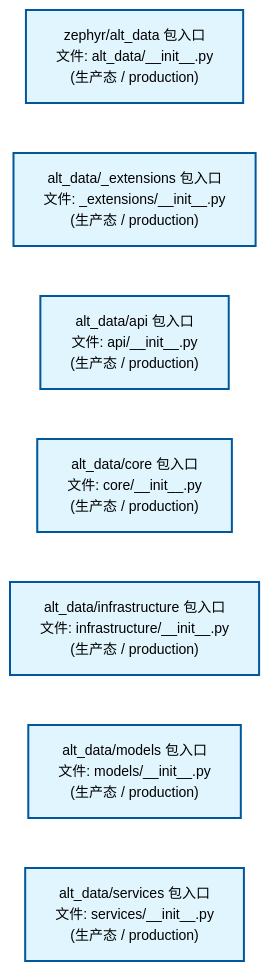
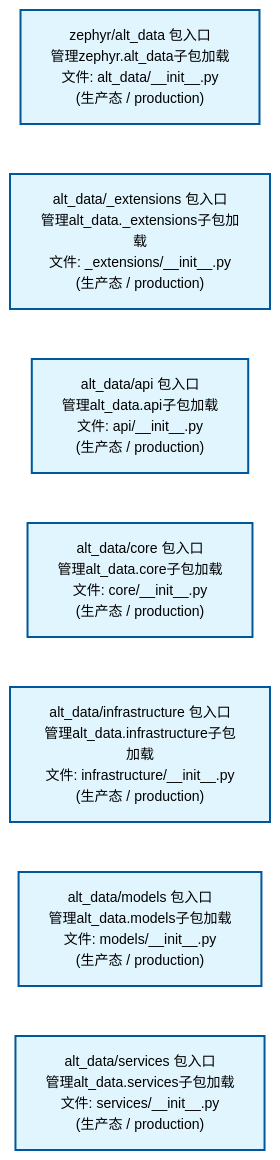
Before and after one commit to xuanFelixVan/ZephyrAlpha: the first of 2 diagrams in docs/02_enterprise_architecture/02_domain_architecture_docs/09_d_alt_data.md, drawn with Mermaid. The commit also changed other lines of this file and 61 other files, not shown here.

````diff
--- a/docs/02_enterprise_architecture/02_domain_architecture_docs/09_d_alt_data.md
+++ b/docs/02_enterprise_architecture/02_domain_architecture_docs/09_d_alt_data.md
@@ -53,22 +53,22 @@
 ```mermaid
 %%{init: {'theme': 'base', 'themeVariables': {'primaryColor': '#eaeaea', 'primaryTextColor': '#333333', 'primaryBorderColor': '#666666', 'lineColor': '#666666', 'secondaryColor': '#eaeaea', 'tertiaryColor': '#eaeaea', 'fontSize': '14px'}}}%%
 flowchart TD
-    src_zephyr_alt_data_init_py["zephyr/alt_data 包入口<br/>文件: alt_data/__init__.py<br/>(生产态 / production)"]
-    src_zephyr_alt_data_extensions_init_py["alt_data/_extensions 包入口<br/>文件: _extensions/__init__.py<br/>(生产态 / production)"]
-    src_zephyr_alt_data_api_init_py["alt_data/api 包入口<br/>文件: api/__init__.py<br/>(生产态 / production)"]
-    src_zephyr_alt_data_core_init_py["alt_data/core 包入口<br/>文件: core/__init__.py<br/>(生产态 / production)"]
-    src_zephyr_alt_data_infrastructure_init_py["alt_data/infrastructure 包入口<br/>文件: infrastructure/__init__.py<br/>(生产态 / production)"]
-    src_zephyr_alt_data_models_init_py["alt_data/models 包入口<br/>文件: models/__init__.py<br/>(生产态 / production)"]
-    src_zephyr_alt_data_services_init_py["alt_data/services 包入口<br/>文件: services/__init__.py<br/>(生产态 / production)"]
+    src_zephyr_alt_data_init_py["zephyr/alt_data 包入口<br/>管理zephyr.alt_data子包加载<br/>文件: alt_data/__init__.py<br/>(生产态 / production)"]
+    src_zephyr_alt_data_extensions_init_py["alt_data/_extensions 包入口<br/>管理alt_data._extensions子包加载<br/>文件: _extensions/__init__.py<br/>(生产态 / production)"]
+    src_zephyr_alt_data_api_init_py["alt_data/api 包入口<br/>管理alt_data.api子包加载<br/>文件: api/__init__.py<br/>(生产态 / production)"]
+    src_zephyr_alt_data_core_init_py["alt_data/core 包入口<br/>管理alt_data.core子包加载<br/>文件: core/__init__.py<br/>(生产态 / production)"]
+    src_zephyr_alt_data_infrastructure_init_py["alt_data/infrastructure 包入口<br/>管理alt_data.infrastructure子包加载<br/>文件: infrastructure/__init__.py<br/>(生产态 / production)"]
+    src_zephyr_alt_data_models_init_py["alt_data/models 包入口<br/>管理alt_data.models子包加载<br/>文件: models/__init__.py<br/>(生产态 / production)"]
+    src_zephyr_alt_data_services_init_py["alt_data/services 包入口<br/>管理alt_data.services子包加载<br/>文件: services/__init__.py<br/>(生产态 / production)"]
     src_zephyr_alt_data_init_py ~~~ src_zephyr_alt_data_extensions_init_py
     src_zephyr_alt_data_extensions_init_py ~~~ src_zephyr_alt_data_api_init_py
     src_zephyr_alt_data_api_init_py ~~~ src_zephyr_alt_data_core_init_py
     src_zephyr_alt_data_core_init_py ~~~ src_zephyr_alt_data_infrastructure_init_py
     src_zephyr_alt_data_infrastructure_init_py ~~~ src_zephyr_alt_data_models_init_py
     src_zephyr_alt_data_models_init_py ~~~ src_zephyr_alt_data_services_init_py
     classDef production fill:#e1f5fe,stroke:#01579b,stroke-width:2px,color:#000
     classDef design fill:#fff3e0,stroke:#e65100,stroke-width:2px,color:#000,stroke-dasharray: 5 5
     classDef external_prod fill:#e8f4fd,stroke:#0277bd,stroke-width:1px,color:#000
     classDef external_design fill:#fff8e7,stroke:#ef6c00,stroke-width:1px,color:#000,stroke-dasharray: 5 5
     class src_zephyr_alt_data_init_py,src_zephyr_alt_data_extensions_init_py,src_zephyr_alt_data_api_init_py,src_zephyr_alt_data_core_init_py,src_zephyr_alt_data_infrastructure_init_py,src_zephyr_alt_data_models_init_py,src_zephyr_alt_data_services_init_py production
 ```
````
